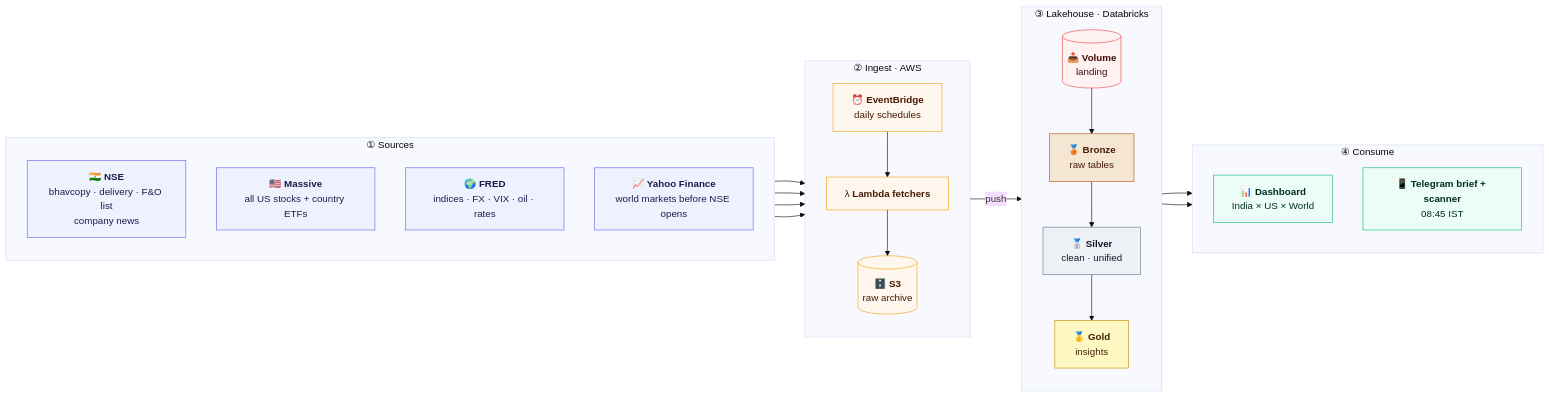
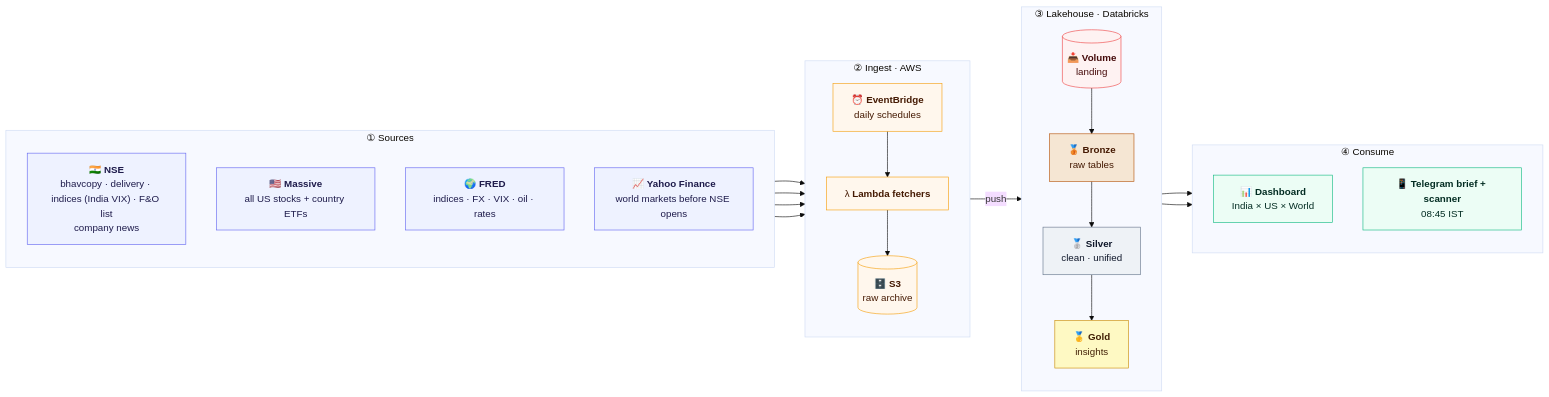
The diagram in docs/diagrams/01_overview.mmd (bumblebee26/stocks_lakehouse), drawn with Mermaid (base theme) before and after one commit. The commit also changed 19 other files, not shown here.

First line of the commit message:
Docs: NSE index file (India VIX), new paper-test labels and Intraday tables, shared plan (#66)

```diff
--- a/docs/diagrams/01_overview.mmd
+++ b/docs/diagrams/01_overview.mmd
@@ -1,54 +1,54 @@
 flowchart LR
     subgraph S["① Sources"]
         direction TB
-        NSE["🇮🇳 <b>NSE</b><br/>bhavcopy · delivery · F&amp;O list<br/>company news"]
+        NSE["🇮🇳 <b>NSE</b><br/>bhavcopy · delivery · indices (India VIX) · F&amp;O list<br/>company news"]
         MAS["🇺🇸 <b>Massive</b><br/>all US stocks + country ETFs"]
         FRED["🌍 <b>FRED</b><br/>indices · FX · VIX · oil · rates"]
         YF["📈 <b>Yahoo Finance</b><br/>world markets before NSE opens"]
     end
 
     subgraph I["② Ingest · AWS"]
         direction TB
         SCH["⏰ <b>EventBridge</b><br/>daily schedules"]
         LAM["λ <b>Lambda fetchers</b>"]
         S3[("🗄️ <b>S3</b><br/>raw archive")]
         SCH --> LAM --> S3
     end
 
     subgraph L["③ Lakehouse · Databricks"]
         direction TB
         VOL[("📥 <b>Volume</b><br/>landing")]
         BR["🥉 <b>Bronze</b><br/>raw tables"]
         SI["🥈 <b>Silver</b><br/>clean · unified"]
         GO["🥇 <b>Gold</b><br/>insights"]
         VOL --> BR --> SI --> GO
     end
 
     subgraph O["④ Consume"]
         direction TB
         DASH["📊 <b>Dashboard</b><br/>India × US × World"]
         TG["📱 <b>Telegram brief + scanner</b><br/>08:45 IST"]
     end
 
     NSE --> LAM
     MAS --> LAM
     FRED --> LAM
     YF --> LAM
     LAM -- "push" --> VOL
     GO --> DASH
     GO --> TG
 
     classDef src fill:#eef2ff,stroke:#6366f1,color:#1e1b4b
     classDef aws fill:#fff7ed,stroke:#f59e0b,color:#451a03
     classDef dbx fill:#fef2f2,stroke:#ef4444,color:#450a0a
     classDef bronze fill:#f5e6d3,stroke:#b45309,color:#451a03
     classDef silver fill:#eef2f6,stroke:#64748b,color:#0f172a
     classDef gold fill:#fef9c3,stroke:#ca8a04,color:#422006
     classDef out fill:#ecfdf5,stroke:#10b981,color:#022c22
     class NSE,MAS,FRED,YF src
     class SCH,LAM,S3 aws
     class VOL dbx
     class BR bronze
     class SI silver
     class GO gold
     class DASH,TG out
```
